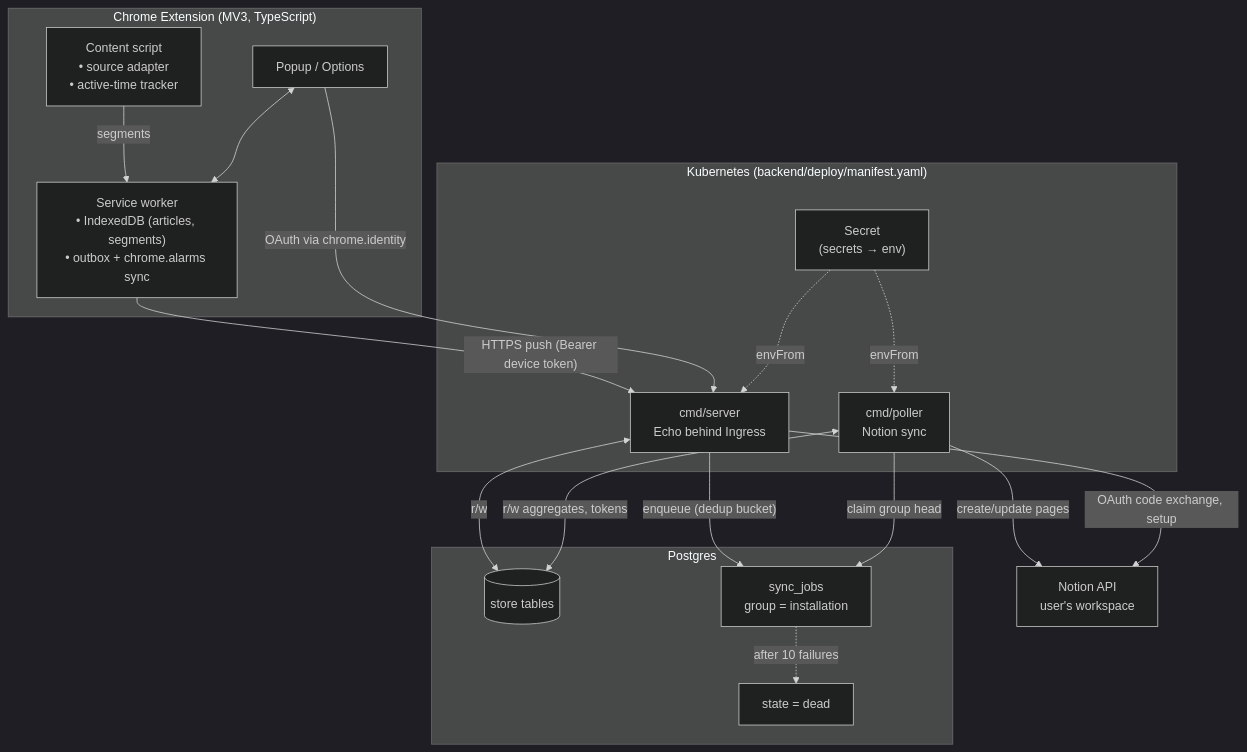
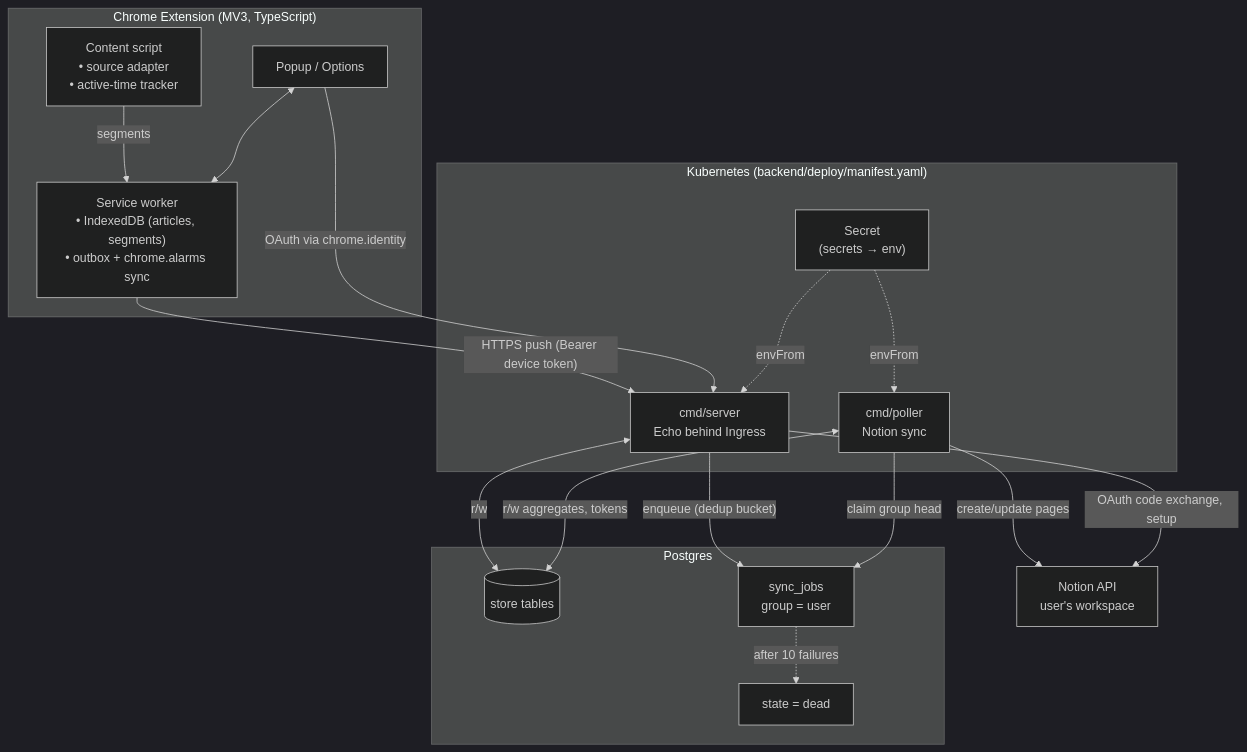
Before and after one commit to tuncloud/reading-chrome-extension: the first of 7 diagrams in docs/reading-tracker-onboarding.md, drawn with Mermaid (dark theme). The commit also changed other lines of this file and 3 other files, not shown here.

````diff
--- a/docs/reading-tracker-onboarding.md
+++ b/docs/reading-tracker-onboarding.md
@@ -111,36 +112,36 @@
 ```mermaid
 graph TB
     subgraph EXT["Chrome Extension (MV3, TypeScript)"]
         CS["Content script<br/>• source adapter<br/>• active-time tracker"]
         SW["Service worker<br/>• IndexedDB (articles, segments)<br/>• outbox + chrome.alarms sync"]
         UI["Popup / Options"]
         CS -->|"segments"| SW
         UI <--> SW
     end
 
     subgraph K8S["Kubernetes (backend/deploy/manifest.yaml)"]
         API["cmd/server<br/>Echo behind Ingress"]
         W["cmd/poller<br/>Notion sync"]
         SEC["Secret<br/>(secrets → env)"]
     end
 
     subgraph PGS["Postgres"]
         PGT[("store tables")]
-        Q["sync_jobs<br/>group = installation"]
+        Q["sync_jobs<br/>group = user"]
         DLQ["state = dead"]
     end
 
     NOTION["Notion API<br/>user's workspace"]
 
     SW -->|"HTTPS push (Bearer device token)"| API
     UI -->|"OAuth via chrome.identity"| API
     API <-->|"r/w"| PGT
     API -->|"enqueue (dedup bucket)"| Q
     W -->|"claim group head"| Q
     W <-->|"r/w aggregates, tokens"| PGT
     W -->|"create/update pages"| NOTION
     API -->|"OAuth code exchange, setup"| NOTION
     Q -.->|"after 10 failures"| DLQ
     SEC -.->|"envFrom"| API
     SEC -.->|"envFrom"| W
 ```
````
